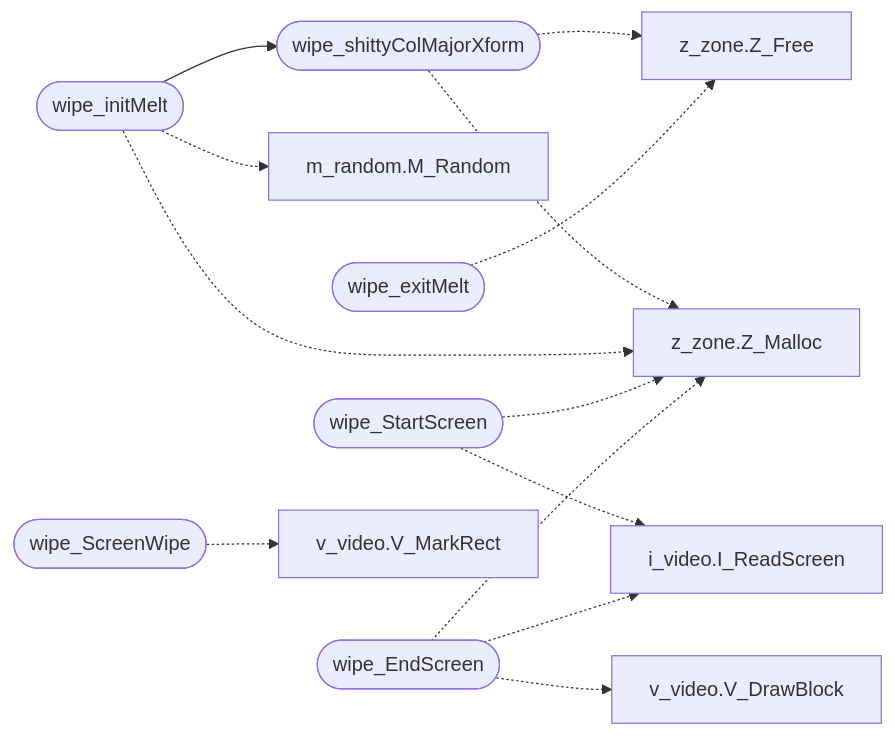
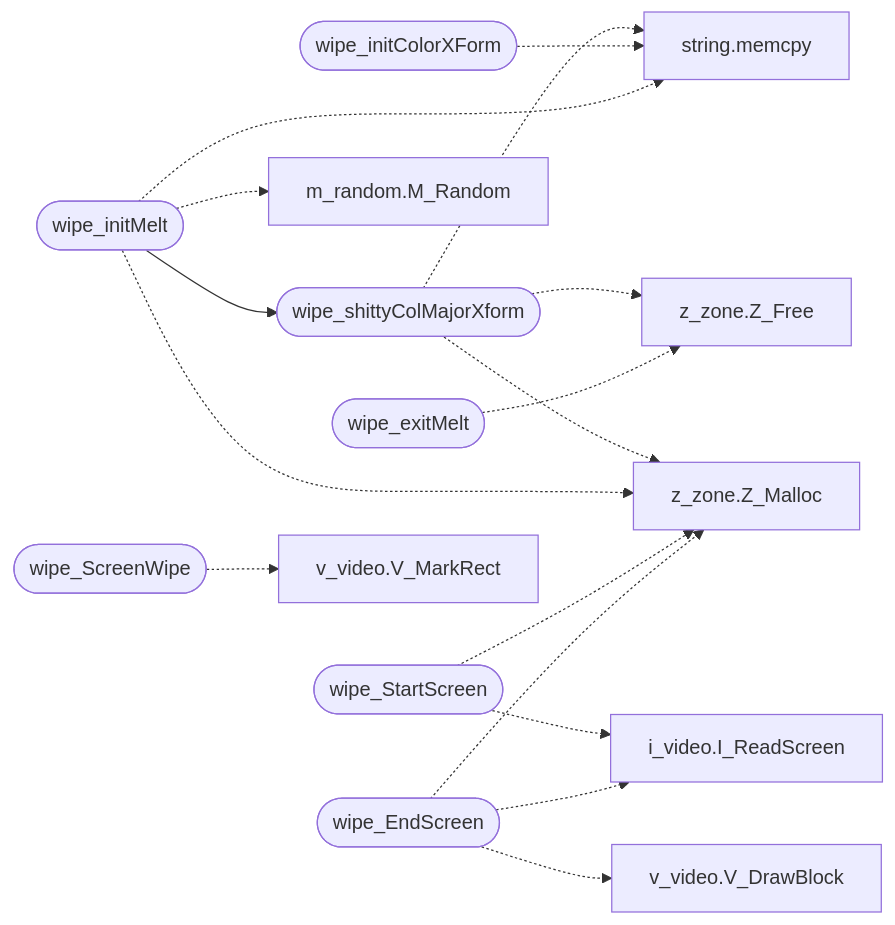
The diagram in readmenator-apidocs/modules/progs.doomgeneric.f_wipe.c.md (grisuno/miniOS), drawn with Mermaid before and after one commit. The commit also changed other lines of this file and 222 other files, not shown here.

````diff
--- a/readmenator-apidocs/modules/progs.doomgeneric.f_wipe.c.md
+++ b/readmenator-apidocs/modules/progs.doomgeneric.f_wipe.c.md
@@ -17,27 +17,32 @@
 ```mermaid
 flowchart LR
     n_progs_doomgeneric_f_wipe_c__wipe_initMelt(["wipe_initMelt"])
     n_progs_doomgeneric_f_wipe_c__wipe_shittyColMajorXform(["wipe_shittyColMajorXform"])
+    n_kernel_string_c__memcpy["string.memcpy"]
     n_progs_doomgeneric_z_zone_h__Z_Free["z_zone.Z_Free"]
     n_progs_doomgeneric_z_zone_h__Z_Malloc["z_zone.Z_Malloc"]
+    n_progs_doomgeneric_f_wipe_c__wipe_initColorXForm(["wipe_initColorXForm"])
     n_progs_doomgeneric_m_random_h__M_Random["m_random.M_Random"]
     n_progs_doomgeneric_f_wipe_c__wipe_exitMelt(["wipe_exitMelt"])
     n_progs_doomgeneric_f_wipe_c__wipe_StartScreen(["wipe_StartScreen"])
     n_progs_doomgeneric_i_video_h__I_ReadScreen["i_video.I_ReadScreen"]
     n_progs_doomgeneric_f_wipe_c__wipe_EndScreen(["wipe_EndScreen"])
     n_progs_doomgeneric_v_video_h__V_DrawBlock["v_video.V_DrawBlock"]
     n_progs_doomgeneric_f_wipe_c__wipe_ScreenWipe(["wipe_ScreenWipe"])
     n_progs_doomgeneric_v_video_h__V_MarkRect["v_video.V_MarkRect"]
     n_progs_doomgeneric_f_wipe_c__wipe_initMelt --> n_progs_doomgeneric_f_wipe_c__wipe_shittyColMajorXform
+    n_progs_doomgeneric_f_wipe_c__wipe_shittyColMajorXform -.-> n_kernel_string_c__memcpy
     n_progs_doomgeneric_f_wipe_c__wipe_shittyColMajorXform -.-> n_progs_doomgeneric_z_zone_h__Z_Free
     n_progs_doomgeneric_f_wipe_c__wipe_shittyColMajorXform -.-> n_progs_doomgeneric_z_zone_h__Z_Malloc
+    n_progs_doomgeneric_f_wipe_c__wipe_initColorXForm -.-> n_kernel_string_c__memcpy
+    n_progs_doomgeneric_f_wipe_c__wipe_initMelt -.-> n_kernel_string_c__memcpy
     n_progs_doomgeneric_f_wipe_c__wipe_initMelt -.-> n_progs_doomgeneric_m_random_h__M_Random
     n_progs_doomgeneric_f_wipe_c__wipe_initMelt -.-> n_progs_doomgeneric_z_zone_h__Z_Malloc
     n_progs_doomgeneric_f_wipe_c__wipe_exitMelt -.-> n_progs_doomgeneric_z_zone_h__Z_Free
     n_progs_doomgeneric_f_wipe_c__wipe_StartScreen -.-> n_progs_doomgeneric_i_video_h__I_ReadScreen
     n_progs_doomgeneric_f_wipe_c__wipe_StartScreen -.-> n_progs_doomgeneric_z_zone_h__Z_Malloc
     n_progs_doomgeneric_f_wipe_c__wipe_EndScreen -.-> n_progs_doomgeneric_i_video_h__I_ReadScreen
     n_progs_doomgeneric_f_wipe_c__wipe_EndScreen -.-> n_progs_doomgeneric_v_video_h__V_DrawBlock
     n_progs_doomgeneric_f_wipe_c__wipe_EndScreen -.-> n_progs_doomgeneric_z_zone_h__Z_Malloc
     n_progs_doomgeneric_f_wipe_c__wipe_ScreenWipe -.-> n_progs_doomgeneric_v_video_h__V_MarkRect
 ```
````
